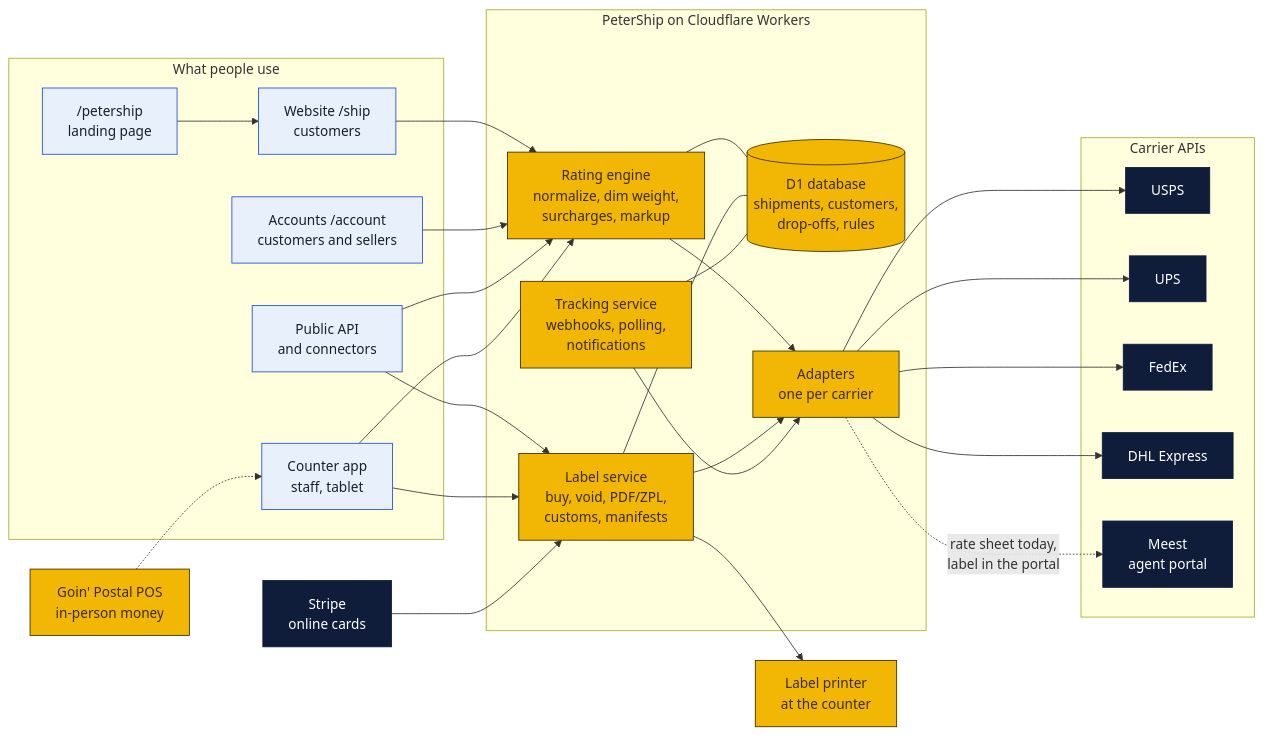
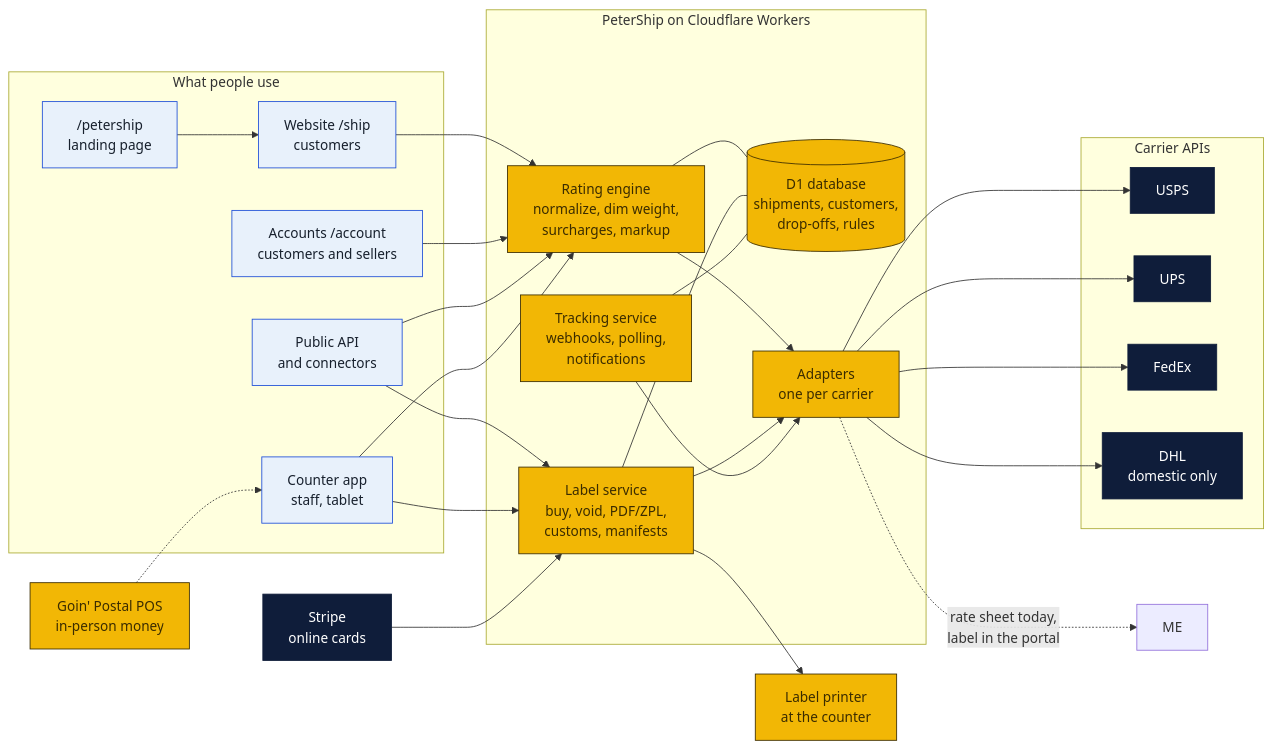
The sixth of 8 diagrams in shipping-client/README.md (wbp318/goin-postal-forsythe), drawn with Mermaid before and after one commit. The commit also changed other lines of this file and 36 other files, not shown here.

First line of the commit message:
PeterShip is domestic only: international and Meest out, DHL for US-to-US only (T43, T42); version 1.92.0

````diff
--- a/shipping-client/README.md
+++ b/shipping-client/README.md
@@ -628,48 +625,47 @@
 ```mermaid
 flowchart LR
   subgraph FRONT["What people use"]
     W["Website /ship<br/>customers"]:::you
     PS["/petership<br/>landing page"]:::you
     K["Counter app<br/>staff, tablet"]:::you
     AC["Accounts /account<br/>customers and sellers"]:::you
     API["Public API<br/>and connectors"]:::you
   end
   subgraph CORE["PeterShip on Cloudflare Workers"]
     Q["Rating engine<br/>normalize, dim weight,<br/>surcharges, markup"]:::local
     L["Label service<br/>buy, void, PDF/ZPL,<br/>customs, manifests"]:::local
     T["Tracking service<br/>webhooks, polling,<br/>notifications"]:::local
     DB[("D1 database<br/>shipments, customers,<br/>drop-offs, rules")]:::local
     A["Adapters<br/>one per carrier"]:::local
   end
   subgraph CARRIERS["Carrier APIs"]
     U["USPS"]:::cloud
     P["UPS"]:::cloud
     F["FedEx"]:::cloud
-    D["DHL Express"]:::cloud
-    ME["Meest<br/>agent portal"]:::cloud
+    D["DHL<br/>domestic only"]:::cloud
   end
   W --> Q
   PS --> W
   AC --> Q
   API --> Q
   API --> L
   K --> Q
   K --> L
   Q --> A
   L --> A
   T --> A
   A --> U
   A --> P
   A --> F
   A --> D
   A -.->|"rate sheet today,<br/>label in the portal"| ME
   Q --- DB
   L --- DB
   T --- DB
   L --> PR["Label printer<br/>at the counter"]:::local
   S["Stripe<br/>online cards"]:::cloud --> L
   POS["Goin' Postal POS<br/>in-person money"]:::local -.-> K
   classDef local fill:#f2b705,stroke:#3b2c00,color:#3b2c00
   classDef cloud fill:#0f1d3a,stroke:#0f1d3a,color:#ffffff
   classDef you fill:#e8f1fb,stroke:#1d4ed8,color:#17202d
 ```
````
